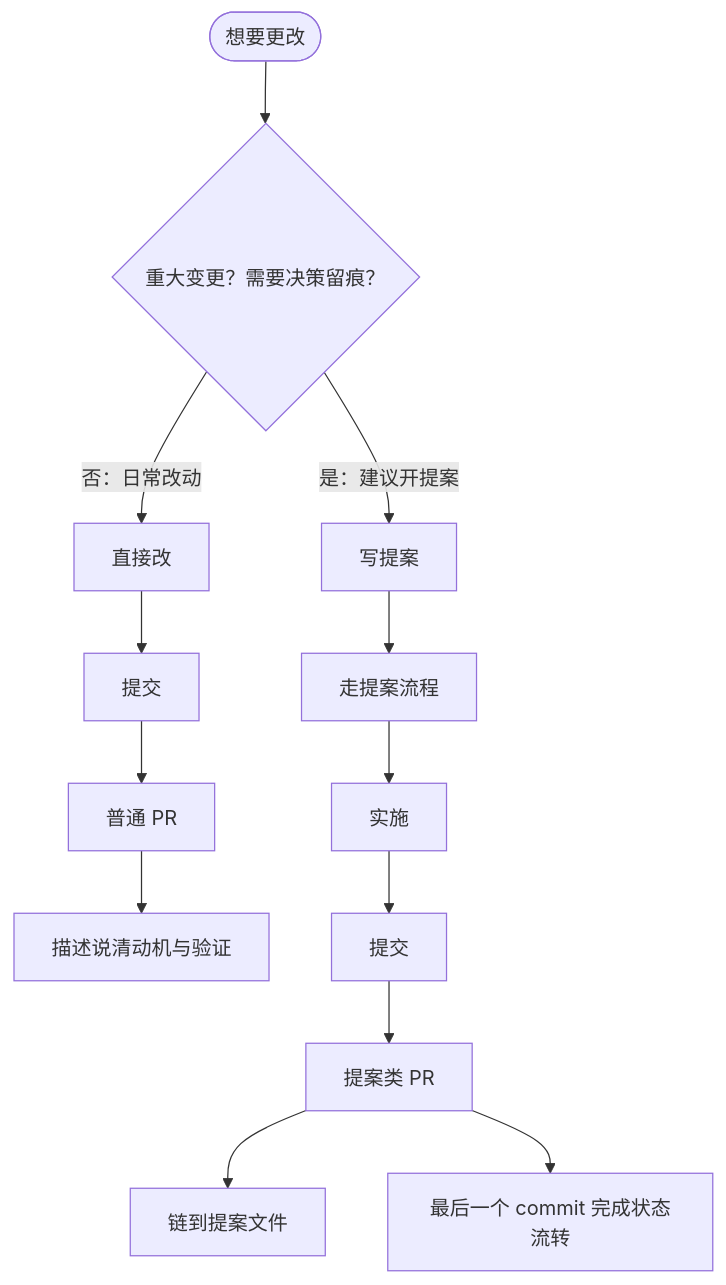
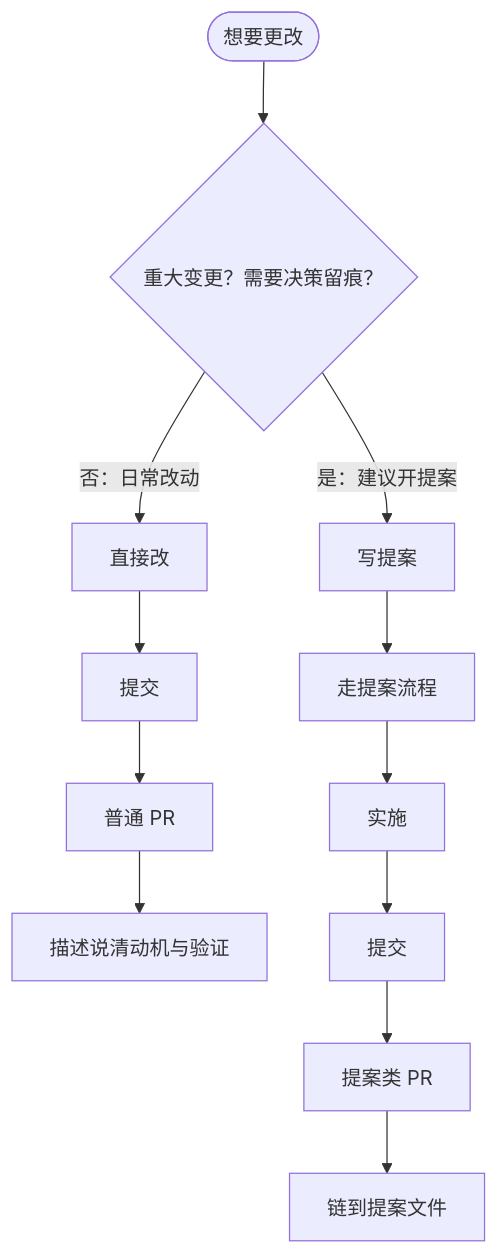
One commit to LiuWenXing1996/duo-ling changed the first of 2 diagrams in docs/proposal-process.md. Above: the diagram before and after it, drawn with Mermaid. The commit also changed other lines of this file and 2 other files, not shown here.

First line of the commit message:
docs(process): 移除「状态流转必须单独 commit」约束

````diff
--- a/docs/proposal-process.md
+++ b/docs/proposal-process.md
@@ -31,17 +31,16 @@
 ```mermaid
 flowchart TD
     A([想要更改]) --> B{重大变更？需要决策留痕？}
 
     B -->|否：日常改动| C[直接改]
     C --> D[提交]
     D --> E[普通 PR]
     E --> E1[描述说清动机与验证]
 
     B -->|是：建议开提案| F[写提案]
     F --> G[走提案流程]
     G --> H[实施]
     H --> I[提交]
     I --> J[提案类 PR]
     J --> J1[链到提案文件]
-    J --> J2[最后一个 commit 完成状态流转]
 ```
````
